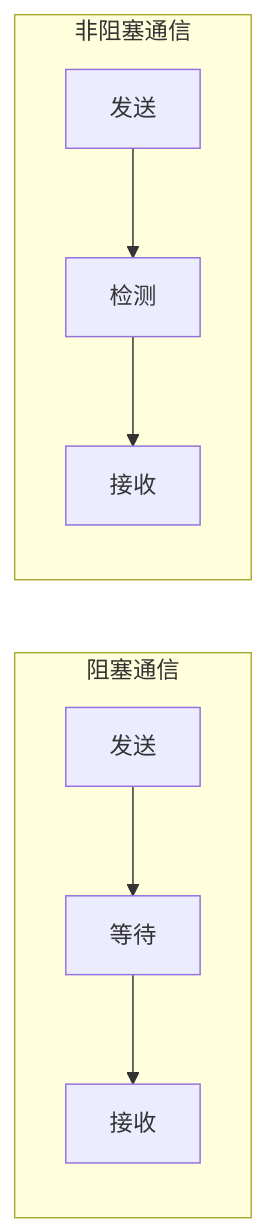
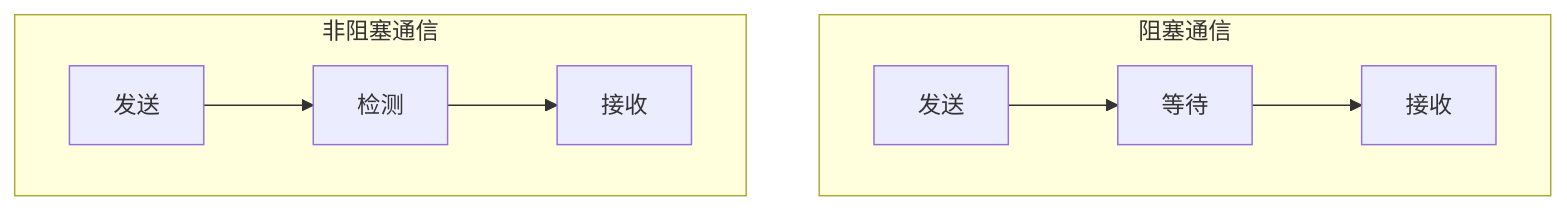
The third of 3 diagrams in courseNotes/parallel.md (We-unite/We-unite.github.io), drawn with Mermaid before and after one commit. The commit also changed 33 other files, not shown here.

````diff
--- a/courseNotes/parallel.md
+++ b/courseNotes/parallel.md
@@ -1322,11 +1322,11 @@
 ```mermaid
-graph LR
+graph TD
 subgraph 阻塞通信
 A[发送]-->B[等待]
 B-->C[接收]
 end
 subgraph 非阻塞通信
 D[发送]-->E[检测]
 E-->F[接收]
 end
 ```
````
